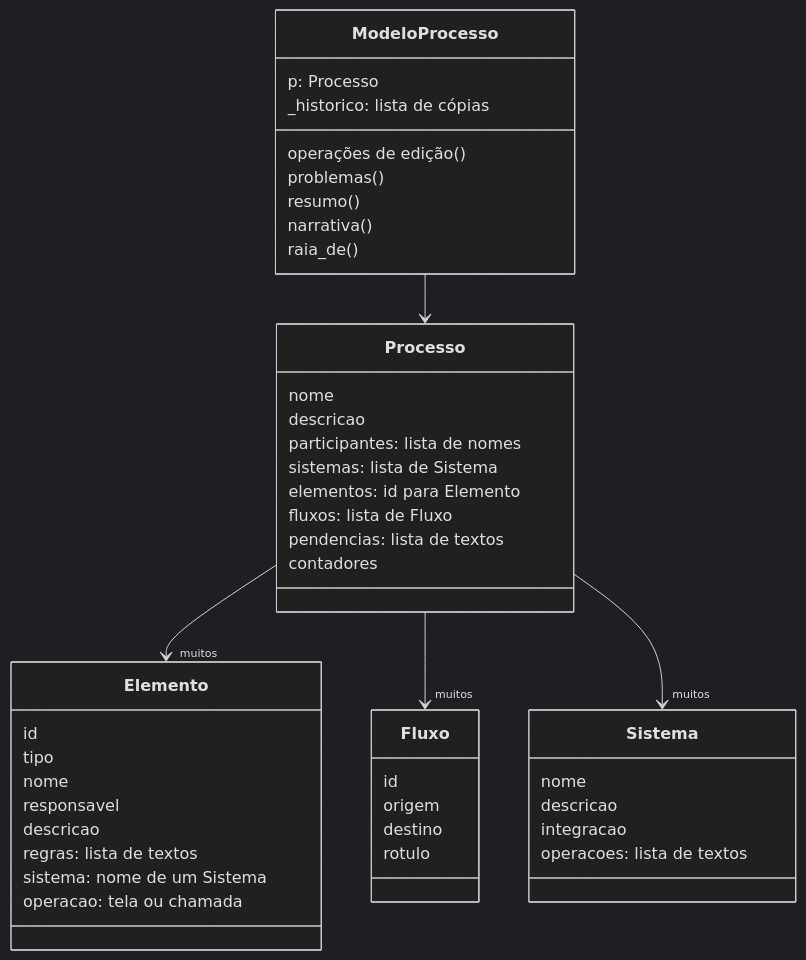
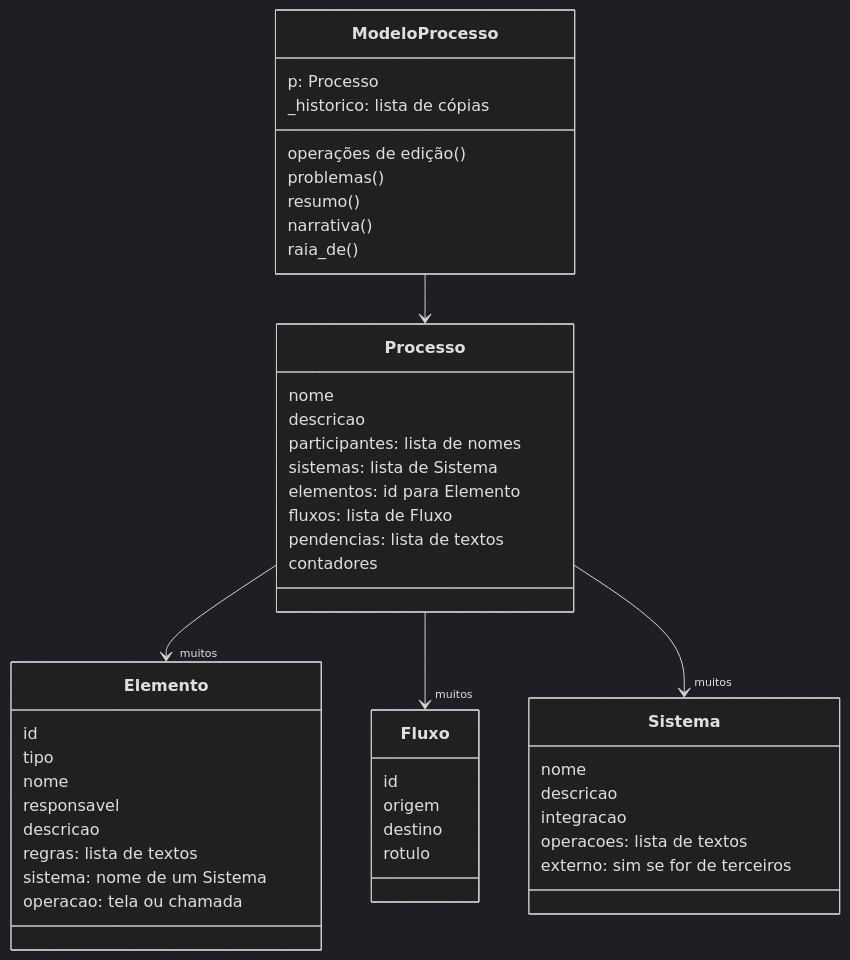
Before and after one commit to arthurparahyba/bpmn-agent: the second of 4 diagrams in docs/pecas/modelo.md, drawn with Mermaid (dark theme). The commit also changed other lines of this file and 11 other files, not shown here.

````diff
--- a/docs/pecas/modelo.md
+++ b/docs/pecas/modelo.md
@@ -52,48 +52,49 @@
 ```mermaid
 classDiagram
     class ModeloProcesso {
         p: Processo
         _historico: lista de cópias
         operações de edição()
         problemas()
         resumo()
         narrativa()
         raia_de()
     }
     class Processo {
         nome
         descricao
         participantes: lista de nomes
         sistemas: lista de Sistema
         elementos: id para Elemento
         fluxos: lista de Fluxo
         pendencias: lista de textos
         contadores
     }
     class Elemento {
         id
         tipo
         nome
         responsavel
         descricao
         regras: lista de textos
         sistema: nome de um Sistema
         operacao: tela ou chamada
     }
     class Sistema {
         nome
         descricao
         integracao
         operacoes: lista de textos
+        externo: sim se for de terceiros
     }
     class Fluxo {
         id
         origem
         destino
         rotulo
     }
     ModeloProcesso --> Processo
     Processo --> "muitos" Elemento
     Processo --> "muitos" Fluxo
     Processo --> "muitos" Sistema
 ```
````
